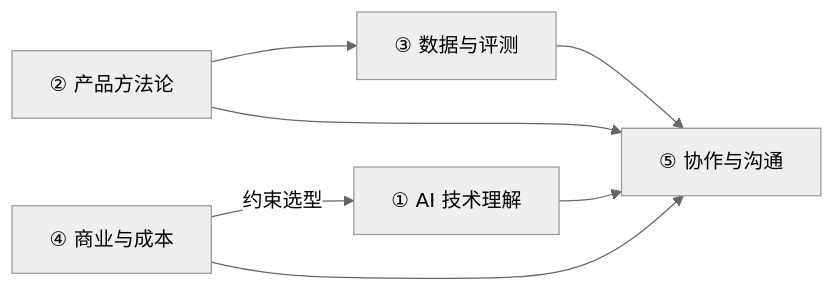
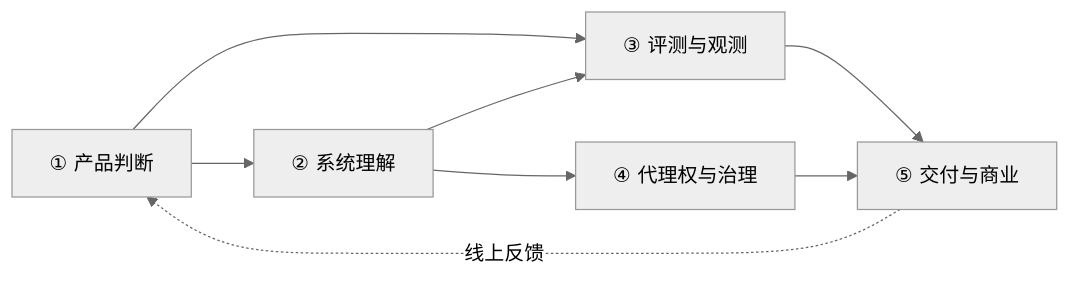
One commit to AI-PM-Wiki/AIPM changed the second of 6 diagrams in docs/intro/capability.md. Above: the diagram before and after it, drawn with Mermaid (neutral theme). The commit also changed other lines of this file and 26 other files, not shown here.

````diff
--- a/docs/intro/capability.md
+++ b/docs/intro/capability.md
@@ -77,9 +71,10 @@
 ```mermaid
 flowchart LR
-    method[② 产品方法论] --> evaluation[③ 数据与评测]
-    cost[④ 商业与成本] -->|约束选型| tech[① AI 技术理解]
-    method --> collaboration[⑤ 协作与沟通]
-    tech --> collaboration
-    evaluation --> collaboration
-    cost --> collaboration
+    product[① 产品判断] --> system[② 系统理解]
+    system --> design[④ 代理权与治理]
+    product --> eval[③ 评测与观测]
+    system --> eval
+    eval --> delivery[⑤ 交付与商业]
+    design --> delivery
+    delivery -. 线上反馈 .-> product
 ```
````
